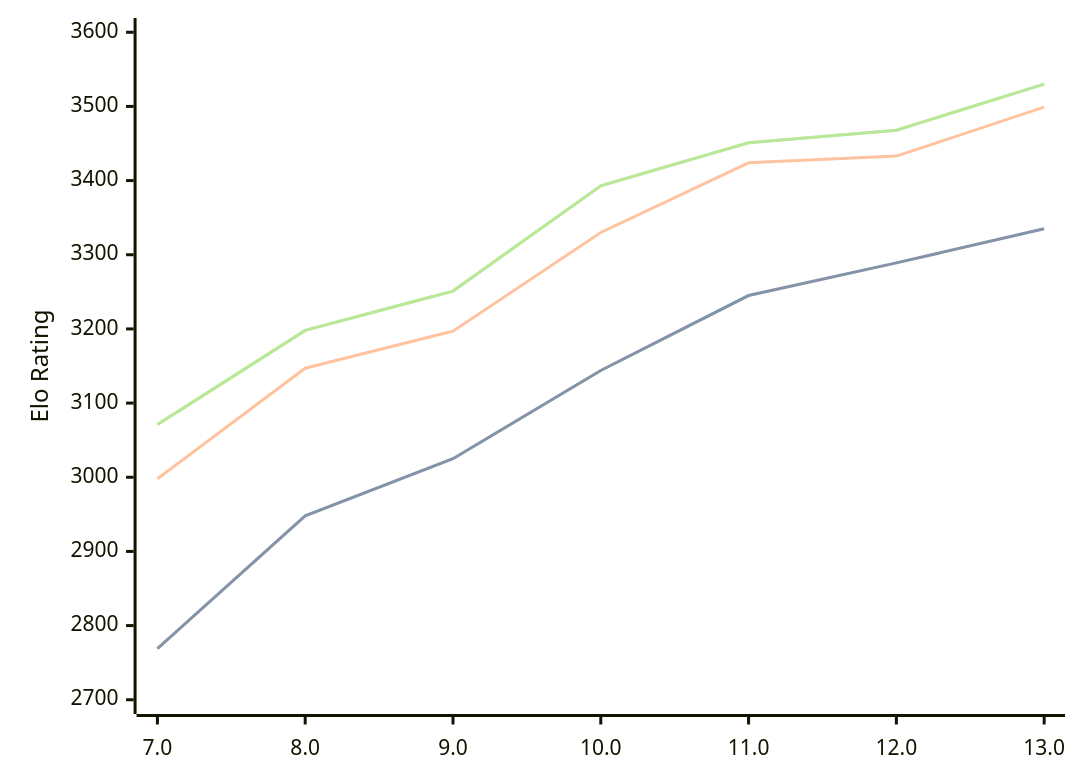
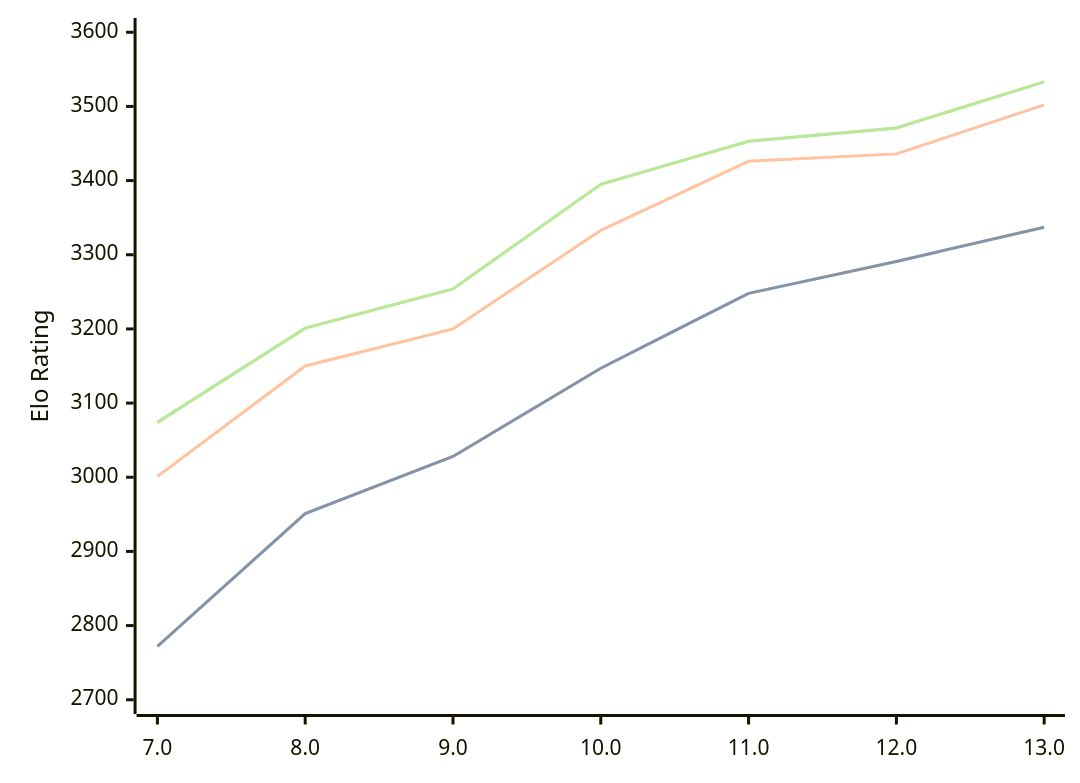
One commit to computer-chess-index/cci changed the diagram in engines/Tcheran.md. Above: the diagram before and after it, drawn with Mermaid. The commit also changed other lines of this file, not shown here.

Commit message:
Update CCI Ratings (ELO VLTC) - 2026-09-24

````diff
--- a/engines/Tcheran.md
+++ b/engines/Tcheran.md
@@ -37,11 +37,11 @@
 ```mermaid
 %%{init: {"theme":"base","themeVariables":{"seriesColors:['#a3a3a3','#222221','#faa371']}}}%%
 xychart-beta
   x-axis ["7.0", "8.0", "9.0", "10.0", "11.0", "12.0", "13.0"]
   y-axis "Elo Rating" 2700 --> 3600
-  line "" [2769, 2948, 3025, 3144, 3245, 3289, 3335]
-  line "STC (8.0+0.08s)" [2769, 2948, 3025, 3144, 3245, 3289, 3335]
-  line "LTC (60.0+0.60s)" [2998, 3147, 3197, 3330, 3424, 3433, 3499]
-  line "" [3071, 3198, 3251, 3393, 3451, 3468, 3530]
-  line "VLTC (2m24s+1.12s)" [3071, 3198, 3251, 3393, 3451, 3468, 3530]
+  line "" [2772, 2951, 3028, 3147, 3248, 3291, 3337]
+  line "STC (8.0+0.08s)" [2772, 2951, 3028, 3147, 3248, 3291, 3337]
+  line "LTC (60.0+0.60s)" [3001, 3150, 3200, 3333, 3426, 3436, 3502]
+  line "" [3074, 3201, 3254, 3395, 3453, 3471, 3533]
+  line "VLTC (2m24s+1.12s)" [3074, 3201, 3254, 3395, 3453, 3471, 3533]
 ```
````
